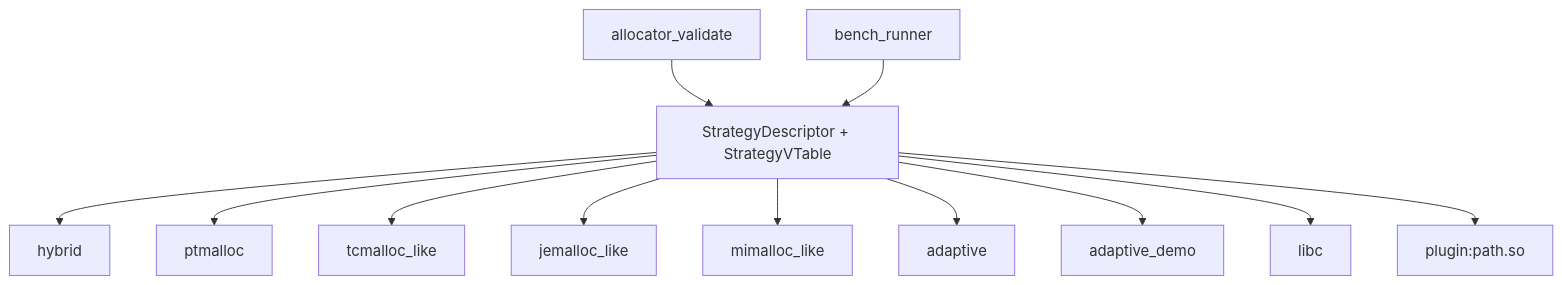
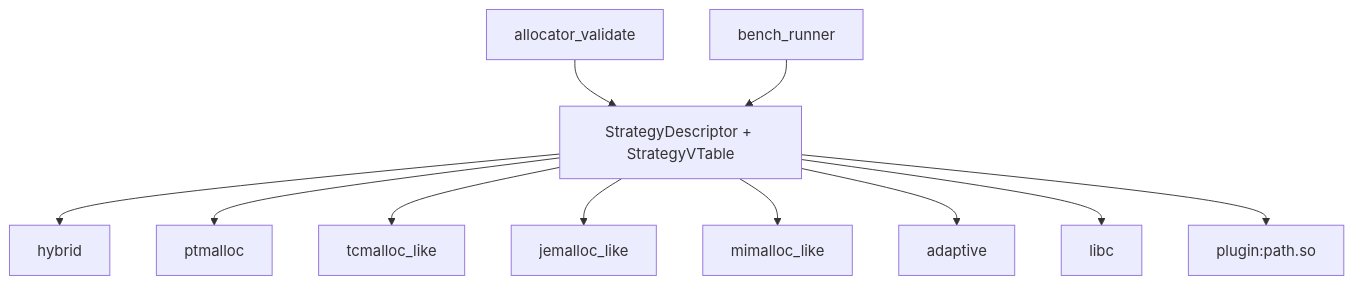
The diagram in docs/allocator_lab.md (sdsasf/my_malloc), drawn with Mermaid before and after one commit. The commit also changed other lines of this file and 26 other files, not shown here.

Commit message:
Split adaptive allocator into layered architecture

````diff
--- a/docs/allocator_lab.md
+++ b/docs/allocator_lab.md
@@ -23,27 +23,25 @@
 ```mermaid
 flowchart TB
     Bench["bench_runner"]
     Validate["allocator_validate"]
     API["StrategyDescriptor + StrategyVTable"]
     Hybrid["hybrid"]
     Ptmalloc["ptmalloc"]
     TC["tcmalloc_like"]
     JE["jemalloc_like"]
     MI["mimalloc_like"]
     AD["adaptive"]
-    Demo["adaptive_demo"]
     Libc["libc"]
     Plugin["plugin:path.so"]
 
     Validate --> API
     Bench --> API
     API --> Hybrid
     API --> Ptmalloc
     API --> TC
     API --> JE
     API --> MI
     API --> AD
-    API --> Demo
     API --> Libc
     API --> Plugin
 ```
````
